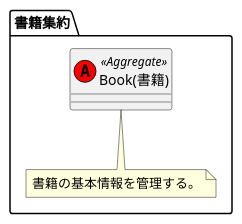
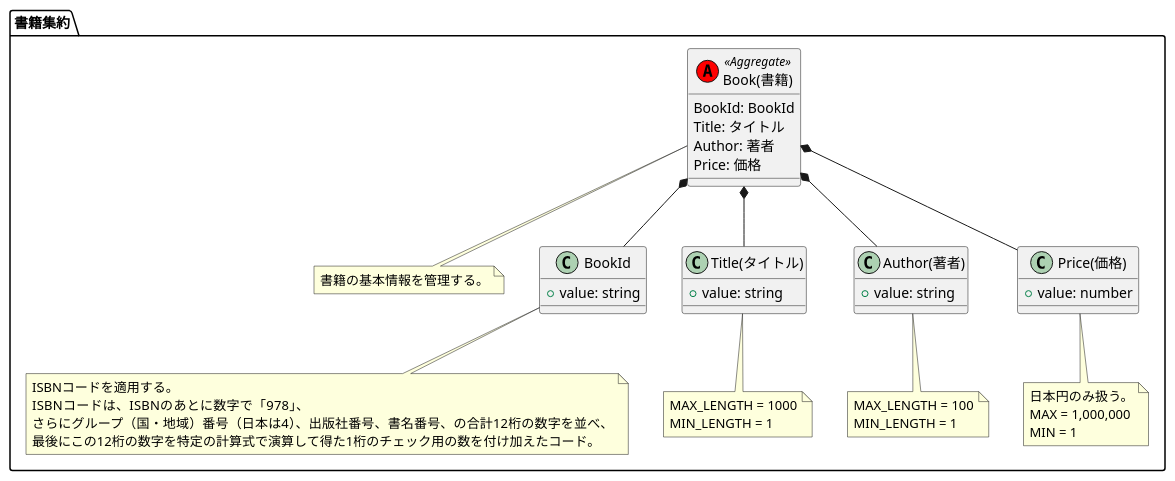
The diagram in CatalogService/Domain/models/Book/Book.pu (abekem/hands-on-ddd-introduction), drawn with PlantUML before and after one commit. The commit also changed 3 other files, not shown here.

```diff
--- a/CatalogService/Domain/models/Book/Book.pu
+++ b/CatalogService/Domain/models/Book/Book.pu
@@ -1,14 +1,63 @@
 @startuml Book
 
 package "書籍集約" {
     ' 1. 集約とポリシーの表現
     class "Book(書籍)" as Book << (A,red) Aggregate >> {
+        BookId: BookId
+        Title: タイトル
+        Author: 著者
+        Price: 価格
     }
-    
+
     ' 2. ビジネスルールの具体化
     note bottom of Book
         書籍の基本情報を管理する。
     end note
+
+    ' 3. 必要なインプットの特定
+    class "BookId" as BookId {
+        + value: string
+    }
+
+    class "Title(タイトル)" as Title {
+        + value: string
+    }
+
+    class "Author(著者)" as Author {
+        + value: string
+    }
+
+    class "Price(価格)" as Price {
+        + value: number
+    }
+
+    note bottom of BookId
+        ISBNコードを適用する。
+        ISBNコードは、ISBNのあとに数字で「978」、
+        さらにグループ（国・地域）番号（日本は4）、出版社番号、書名番号、の合計12桁の数字を並べ、
+        最後にこの12桁の数字を特定の計算式で演算して得た1桁のチェック用の数を付け加えたコード。
+    end note
+
+    note bottom of Title
+        MAX_LENGTH = 1000
+        MIN_LENGTH = 1
+    end note
+
+    note bottom of Author
+        MAX_LENGTH = 100
+        MIN_LENGTH = 1
+    end note
+
+    note bottom of Price
+        日本円のみ扱う。
+        MAX = 1,000,000
+        MIN = 1
+    end note
+
+    Book *-- BookId
+    Book *-- Title
+    Book *-- Author
+    Book *-- Price
 }
 
 @enduml
```
